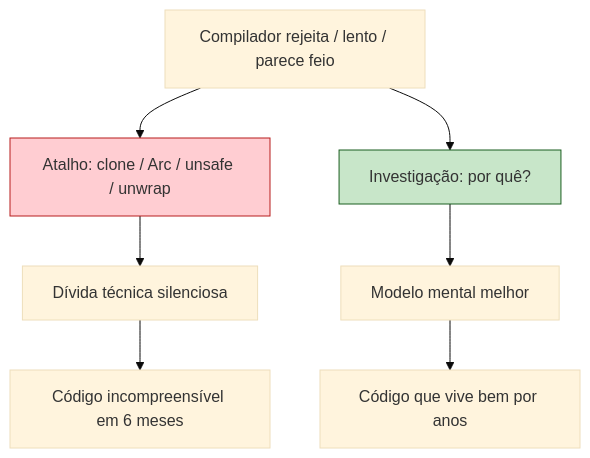
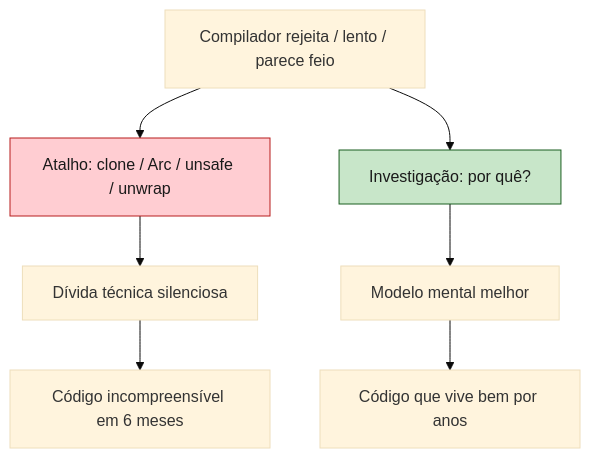
Before and after one commit to Felipeness/ferro-e-espirito: the second of 2 diagrams in book/part-21-philosophy/ch61-anti-patterns.md, drawn with Mermaid (base theme). The commit also changed other lines of this file and 56 other files, not shown here.

First line of the commit message:
fix: contraste de texto em diagramas mermaid

````diff
--- a/book/part-21-philosophy/ch61-anti-patterns.md
+++ b/book/part-21-philosophy/ch61-anti-patterns.md
@@ -589,16 +589,16 @@
 ```mermaid
 graph TB
     Sintoma[Compilador rejeita / lento / parece feio]
 
     Sintoma --> Atalho[Atalho: clone / Arc / unsafe / unwrap]
     Sintoma --> Investigacao[Investigação: por quê?]
 
     Atalho --> Tecnico[Dívida técnica silenciosa]
     Investigacao --> Aprendizado[Modelo mental melhor]
 
     Tecnico --> CodigoQueQuemEsCreveuNaoEntendeMais[Código incompreensível em 6 meses]
     Aprendizado --> CodigoQueViveBemMuitoTempo[Código que vive bem por anos]
 
-    style Atalho fill:#ffcdd2,stroke:#b71c1c
-    style Investigacao fill:#c8e6c9,stroke:#1b5e20
+    style Atalho fill:#ffcdd2,stroke:#b71c1c,color:#1a1a1a
+    style Investigacao fill:#c8e6c9,stroke:#1b5e20,color:#1a1a1a
 ```
````
